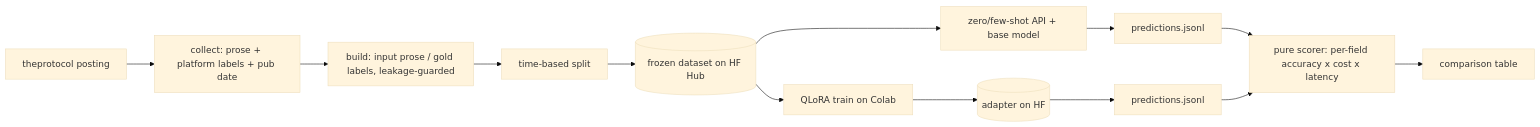
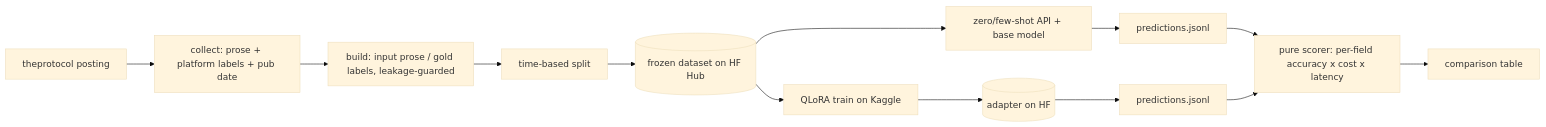
The diagram in README.md (P0w3r223/pl-jobs-lora), drawn with Mermaid (base theme) before and after one commit. The commit also changed other lines of this file and 10 other files, not shown here.

First line of the commit message:
feat(notebook): move the QLoRA run to Kaggle and record why

````diff
--- a/README.md
+++ b/README.md
@@ -46,9 +46,9 @@
 ```mermaid
 flowchart LR
   TP[theprotocol posting] --> COL[collect: prose + platform labels + pub date]
   COL --> BLD[build: input prose / gold labels, leakage-guarded]
   BLD --> SPL[time-based split] --> HF[(frozen dataset on HF Hub)]
   HF --> BASE[zero/few-shot API + base model] --> PRED1[predictions.jsonl]
-  HF --> TRAIN[QLoRA train on Colab] --> ADP[(adapter on HF)] --> PRED2[predictions.jsonl]
+  HF --> TRAIN[QLoRA train on Kaggle] --> ADP[(adapter on HF)] --> PRED2[predictions.jsonl]
   PRED1 & PRED2 --> SCORE[pure scorer: per-field accuracy x cost x latency] --> REP[comparison table]
 ```
````
